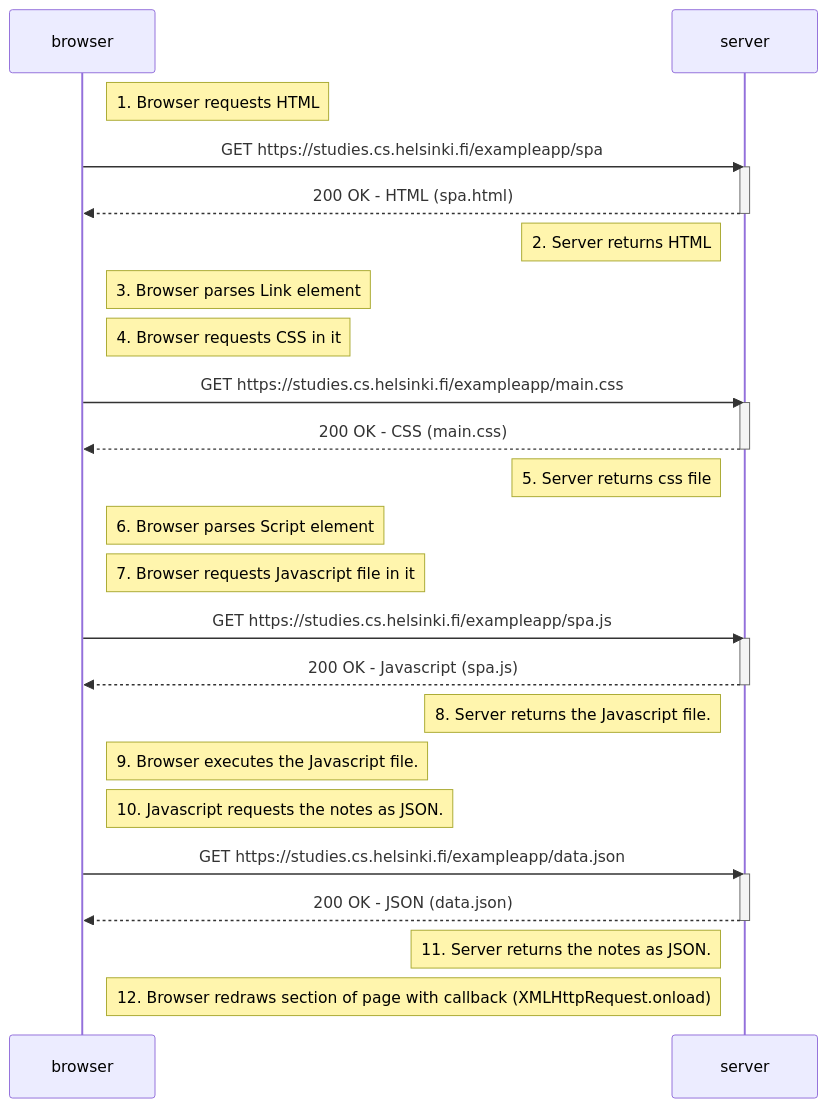
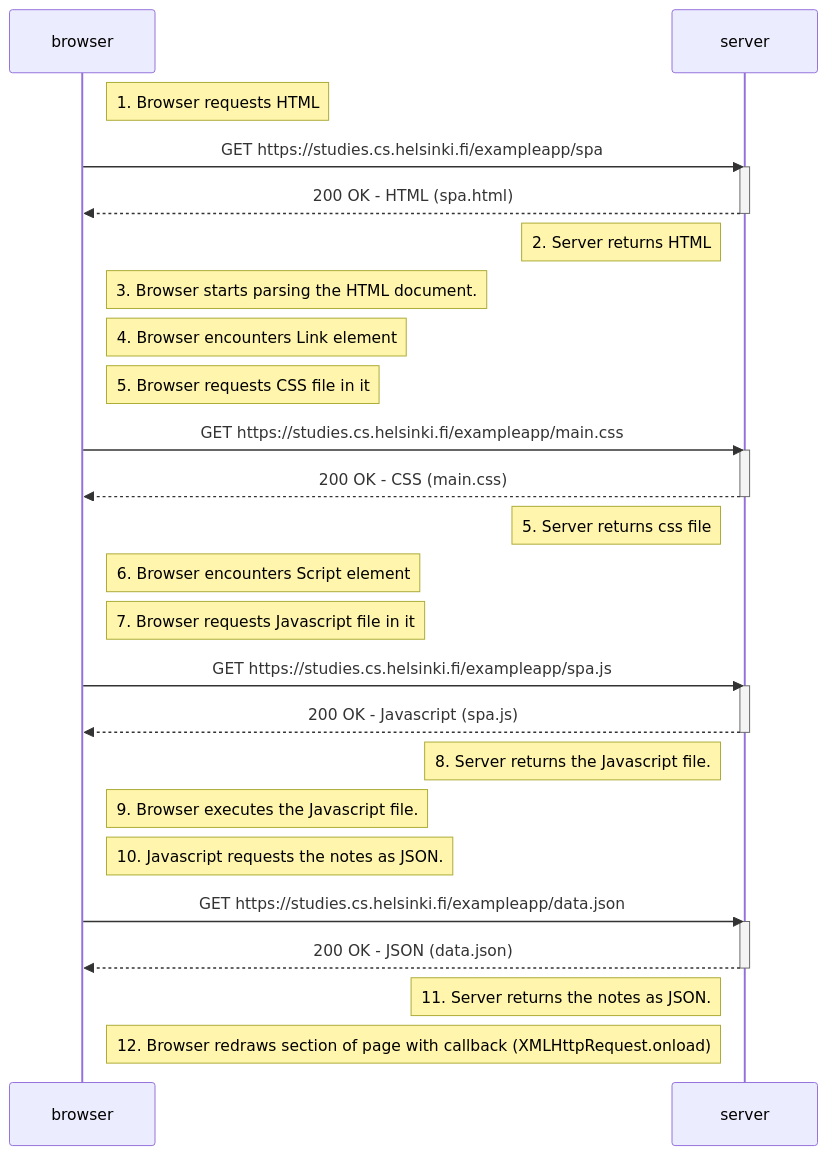
The diagram in osa0/0.5.md (DrFinger2/fullstackopen-2026), drawn with Mermaid before and after one commit.

````diff
--- a/osa0/0.5.md
+++ b/osa0/0.5.md
@@ -1,36 +1,36 @@
 ```mermaid
 sequenceDiagram
     participant browser
     participant server
 
     Note right of browser: 1. Browser requests HTML
     browser->>server: GET https://studies.cs.helsinki.fi/exampleapp/spa
     activate server
     server-->>browser: 200 OK - HTML (spa.html)
     deactivate server
     Note left of server: 2. Server returns HTML
-
-    Note right of browser: 3. Browser parses Link element
-    Note right of browser: 4. Browser requests CSS in it
+    Note right of browser: 3. Browser starts parsing the HTML document.
+    Note right of browser: 4. Browser encounters Link element
+    Note right of browser: 5. Browser requests CSS file in it
     browser->>server: GET https://studies.cs.helsinki.fi/exampleapp/main.css
     activate server
     server-->>browser: 200 OK - CSS (main.css)
     deactivate server
     Note left of server: 5. Server returns css file
-    Note right of browser: 6. Browser parses Script element
+    Note right of browser: 6. Browser encounters Script element
     Note right of browser: 7. Browser requests Javascript file in it
     browser->>server: GET https://studies.cs.helsinki.fi/exampleapp/spa.js
     activate server
     server-->>browser: 200 OK - Javascript (spa.js)
     deactivate server
     Note left of server: 8. Server returns the Javascript file.
     Note right of browser: 9. Browser executes the Javascript file.
     Note right of browser: 10. Javascript requests the notes as JSON.
     browser->>server: GET https://studies.cs.helsinki.fi/exampleapp/data.json
     activate server
     server-->>browser: 200 OK - JSON (data.json)
     deactivate server
     Note left of server: 11. Server returns the notes as JSON.
 
     Note right of browser: 12. Browser redraws section of page with callback (XMLHttpRequest.onload)
 ```
````
